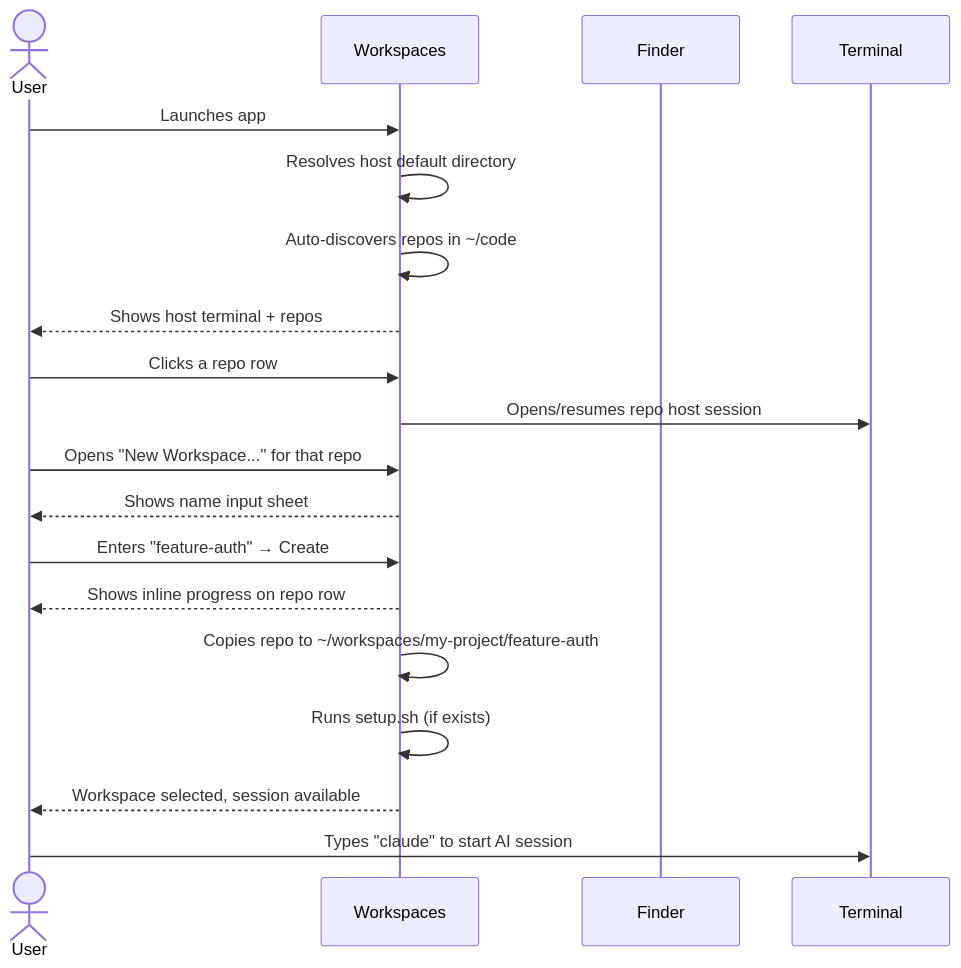
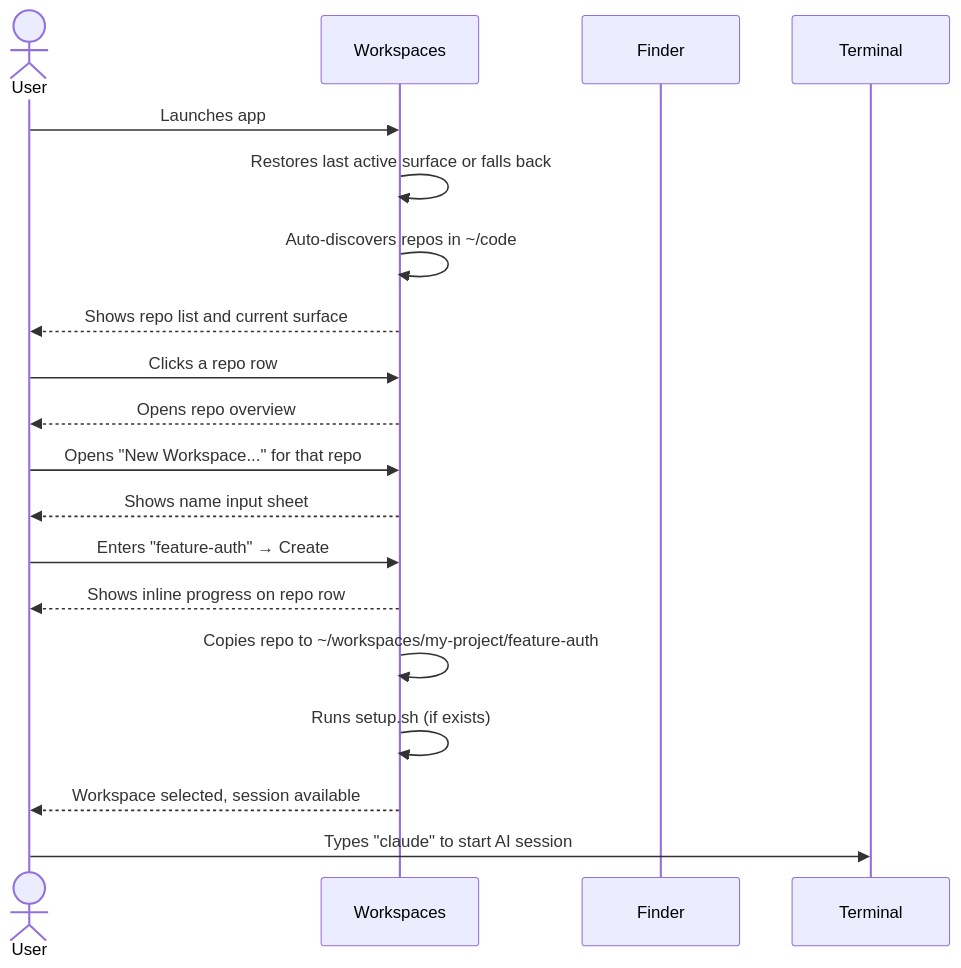
One commit to fairchild/workspaces changed the first of 7 diagrams in docs/user-stories.md. Above: the diagram before and after it, drawn with Mermaid. The commit also changed other lines of this file and 8 other files, not shown here.

Commit message:
docs: align roadmap and product docs

````diff
--- a/docs/user-stories.md
+++ b/docs/user-stories.md
@@ -28,22 +29,22 @@
 ```mermaid
 sequenceDiagram
     actor User
     participant App as Workspaces
     participant Finder
     participant Terminal
 
     User->>App: Launches app
-    App->>App: Resolves host default directory
+    App->>App: Restores last active surface or falls back
     App->>App: Auto-discovers repos in ~/code
-    App-->>User: Shows host terminal + repos
+    App-->>User: Shows repo list and current surface
     User->>App: Clicks a repo row
-    App->>Terminal: Opens/resumes repo host session
+    App-->>User: Opens repo overview
     User->>App: Opens "New Workspace..." for that repo
     App-->>User: Shows name input sheet
     User->>App: Enters "feature-auth" → Create
     App-->>User: Shows inline progress on repo row
     App->>App: Copies repo to ~/workspaces/my-project/feature-auth
     App->>App: Runs setup.sh (if exists)
     App-->>User: Workspace selected, session available
     User->>Terminal: Types "claude" to start AI session
 ```
````
